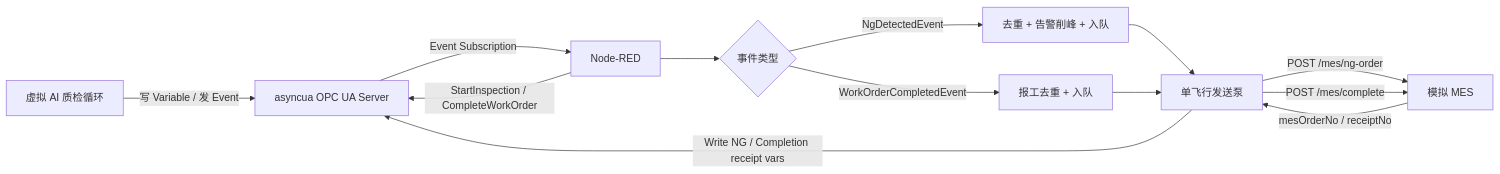
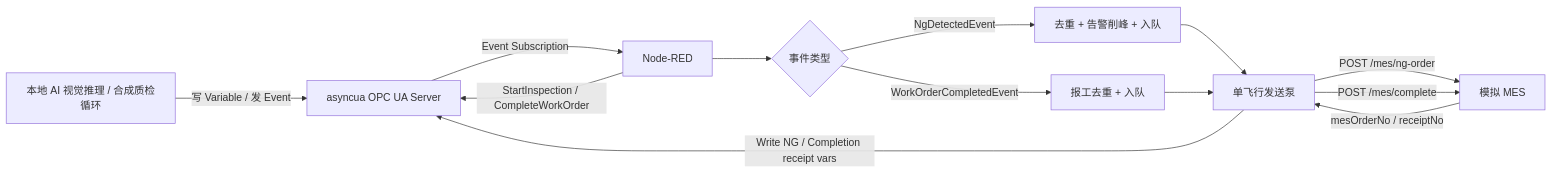
Before and after one commit to Mr-cjw/UA_LinqInspect: the first of 3 diagrams in docs/00_项目全景与架构.md, drawn with Mermaid. The commit also changed other lines of this file and 14 other files, not shown here.

````diff
--- a/docs/00_项目全景与架构.md
+++ b/docs/00_项目全景与架构.md
@@ -29,15 +30,15 @@
 ```mermaid
 flowchart LR
-    A[虚拟 AI 质检循环] -->|写 Variable / 发 Event| B[asyncua OPC UA Server]
+    A[本地 AI 视觉推理 / 合成质检循环] -->|写 Variable / 发 Event| B[asyncua OPC UA Server]
     B -->|Event Subscription| C[Node-RED]
     C --> D{事件类型}
     D -->|NgDetectedEvent| E[去重 + 告警削峰 + 入队]
     D -->|WorkOrderCompletedEvent| F[报工去重 + 入队]
     E --> G[单飞行发送泵]
     F --> G
     G -->|POST /mes/ng-order| H[模拟 MES]
     G -->|POST /mes/complete| H
     H -->|mesOrderNo / receiptNo| G
     G -->|Write NG / Completion receipt vars| B
     C -->|StartInspection / CompleteWorkOrder| B
 ```
````
